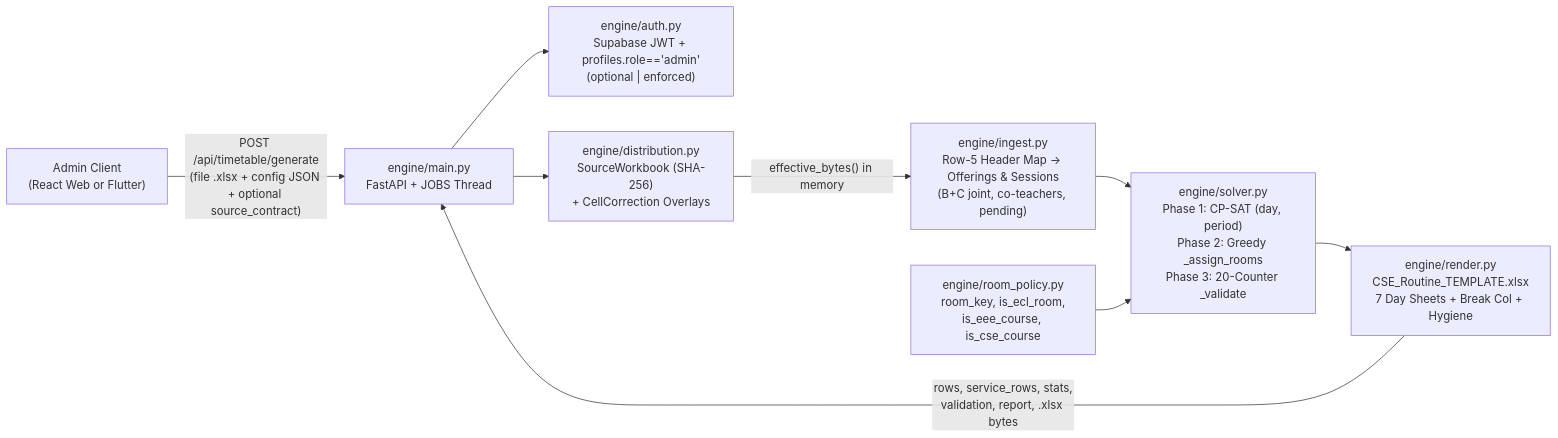
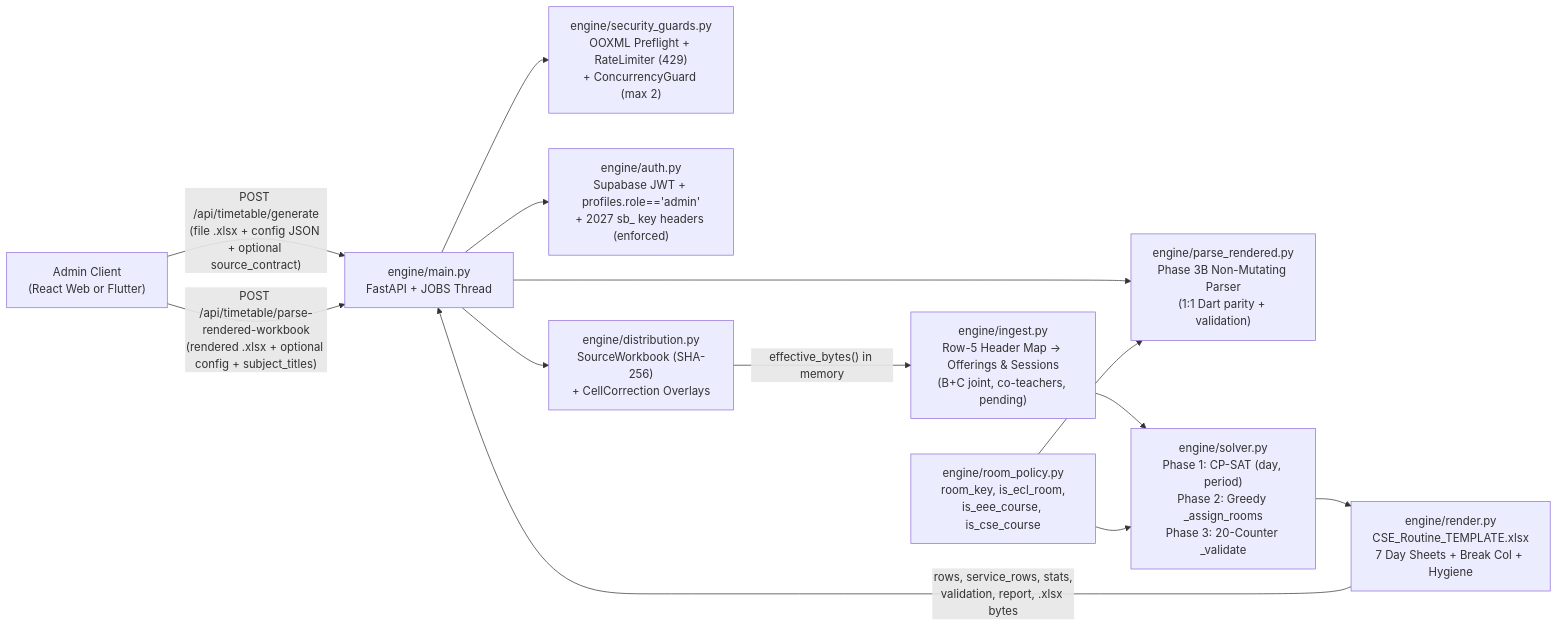
Before and after one commit to FahmidAlam/UniVerse: the diagram in docs/backend/02_TIMETABLE_ENGINE_AND_SOLVER_ARCHITECTURE.md, drawn with Mermaid. The commit also changed other lines of this file and 5 other files, not shown here.

````diff
--- a/docs/backend/02_TIMETABLE_ENGINE_AND_SOLVER_ARCHITECTURE.md
+++ b/docs/backend/02_TIMETABLE_ENGINE_AND_SOLVER_ARCHITECTURE.md
@@ -12,11 +13,15 @@
 ```mermaid
 flowchart LR
     Client["Admin Client<br/>(React Web or Flutter)"] -->|"POST /api/timetable/generate<br/>(file .xlsx + config JSON + optional source_contract)"| Main["engine/main.py<br/>FastAPI + JOBS Thread"]
-    Main --> Auth["engine/auth.py<br/>Supabase JWT + profiles.role=='admin'<br/>(optional | enforced)"]
+    Client -->|"POST /api/timetable/parse-rendered-workbook<br/>(rendered .xlsx + optional config + subject_titles)"| Main
+    Main --> Guards["engine/security_guards.py<br/>OOXML Preflight + RateLimiter (429)<br/>+ ConcurrencyGuard (max 2)"]
+    Main --> Auth["engine/auth.py<br/>Supabase JWT + profiles.role=='admin'<br/>+ 2027 sb_ key headers (enforced)"]
+    Main --> ParseR["engine/parse_rendered.py<br/>Phase 3B Non-Mutating Parser<br/>(1:1 Dart parity + validation)"]
     Main --> Dist["engine/distribution.py<br/>SourceWorkbook (SHA-256)<br/>+ CellCorrection Overlays"]
     Dist -->|"effective_bytes() in memory"| Ingest["engine/ingest.py<br/>Row-5 Header Map -> Offerings & Sessions<br/>(B+C joint, co-teachers, pending)"]
     Ingest --> Solver["engine/solver.py<br/>Phase 1: CP-SAT (day, period)<br/>Phase 2: Greedy _assign_rooms<br/>Phase 3: 20-Counter _validate"]
     RoomPol["engine/room_policy.py<br/>room_key, is_ecl_room,<br/>is_eee_course, is_cse_course"] --> Solver
+    RoomPol --> ParseR
     Solver --> Render["engine/render.py<br/>CSE_Routine_TEMPLATE.xlsx<br/>7 Day Sheets + Break Col + Hygiene"]
     Render -->|"rows, service_rows, stats,<br/>validation, report, .xlsx bytes"| Main
 ```
````
